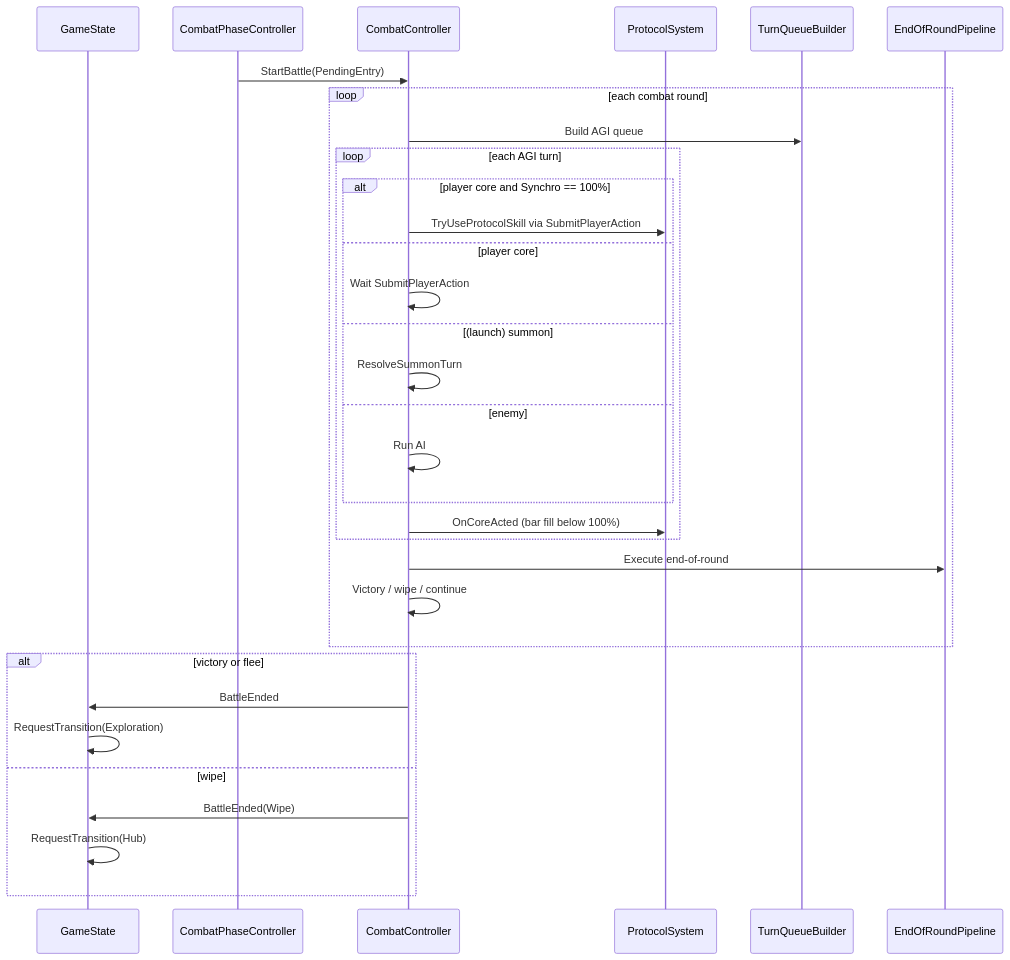
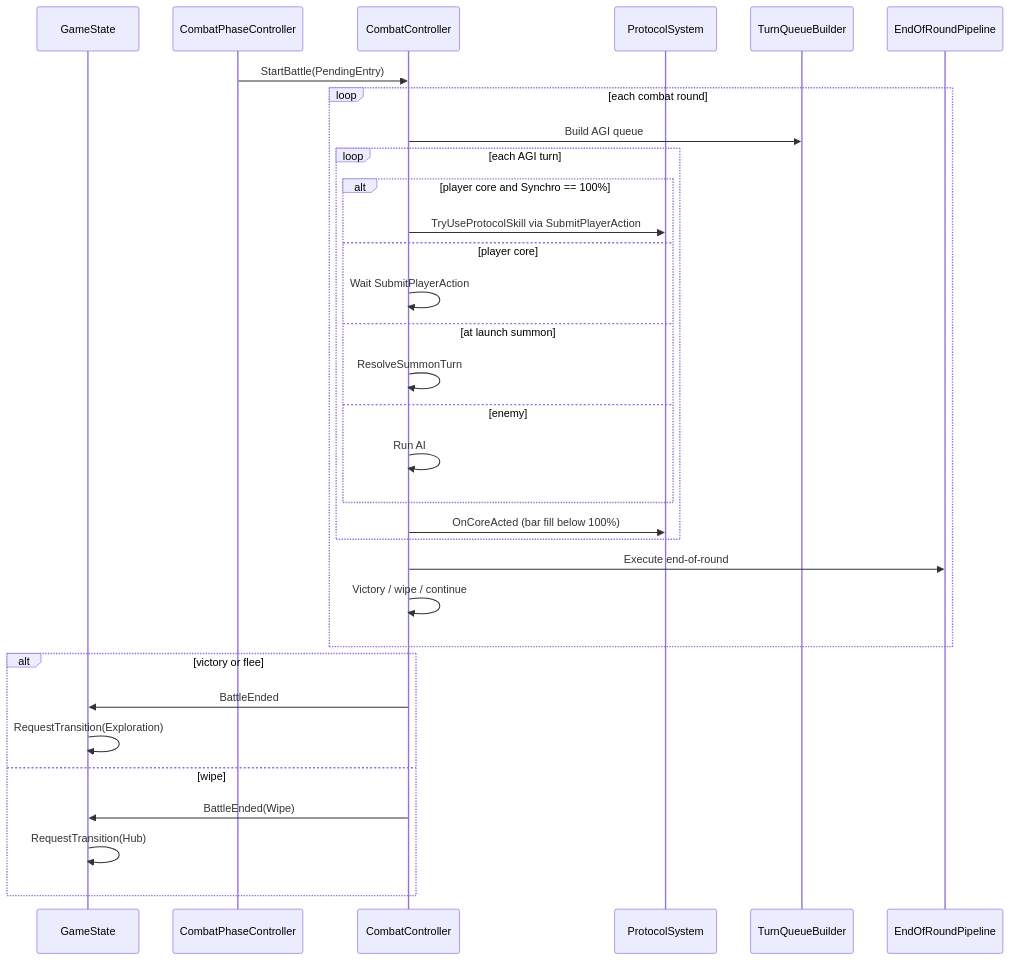
The sixth of 6 diagrams in docs/02-systems/game-phase.md (miramocha/griddungeon-design-docs), drawn with Mermaid before and after one commit. The commit also changed other lines of this file and 82 other files, not shown here.

````diff
--- a/docs/02-systems/game-phase.md
+++ b/docs/02-systems/game-phase.md
@@ -232,35 +232,35 @@
 ```mermaid
 sequenceDiagram
   participant GS as GameState
   participant CP as CombatPhaseController
   participant CC as CombatController
   participant Protocol as ProtocolSystem
   participant TQ as TurnQueueBuilder
   participant EOR as EndOfRoundPipeline
 
   CP->>CC: StartBattle(PendingEntry)
   loop each combat round
     CC->>TQ: Build AGI queue
     loop each AGI turn
       alt player core and Synchro == 100%
         CC->>Protocol: TryUseProtocolSkill via SubmitPlayerAction
       else player core
         CC->>CC: Wait SubmitPlayerAction
-      else (launch) summon
+      else at launch summon
         CC->>CC: ResolveSummonTurn
       else enemy
         CC->>CC: Run AI
       end
       CC->>Protocol: OnCoreActed (bar fill below 100%)
     end
     CC->>EOR: Execute end-of-round
     CC->>CC: Victory / wipe / continue
   end
   alt victory or flee
     CC->>GS: BattleEnded
     GS->>GS: RequestTransition(Exploration)
   else wipe
     CC->>GS: BattleEnded(Wipe)
     GS->>GS: RequestTransition(Hub)
   end
 ```
````
